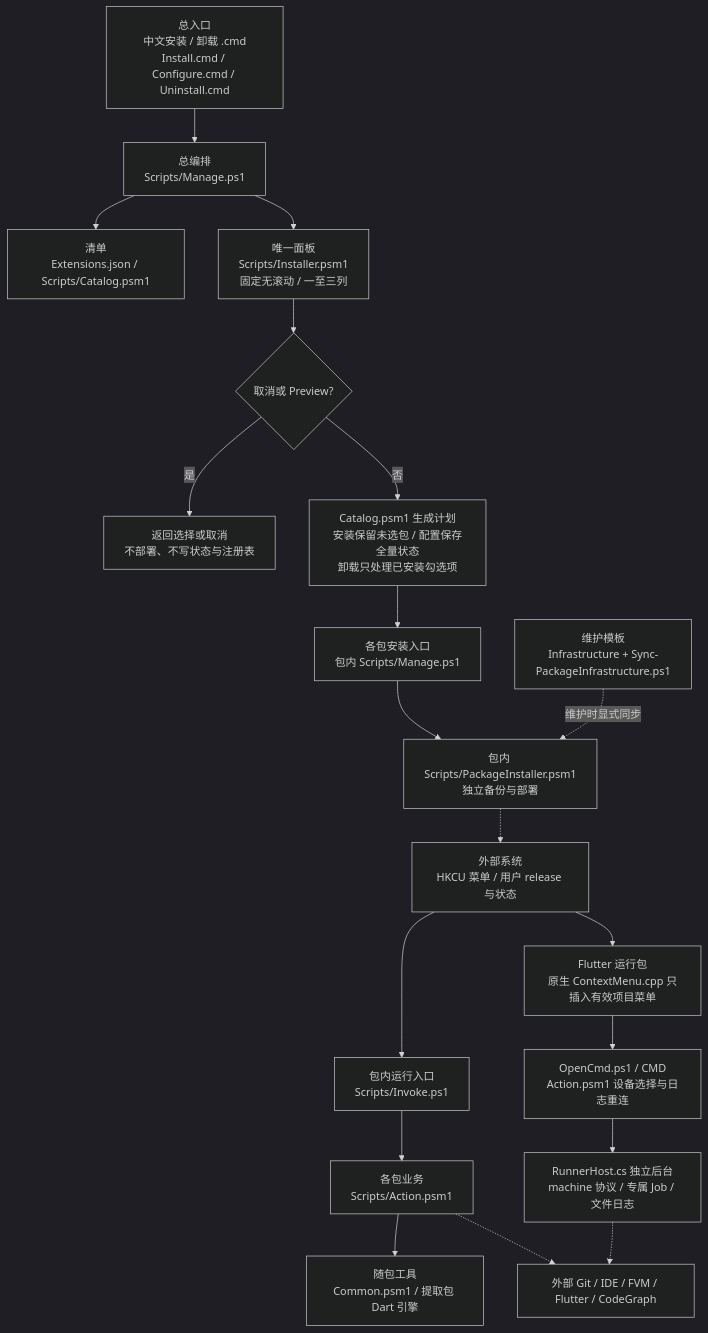
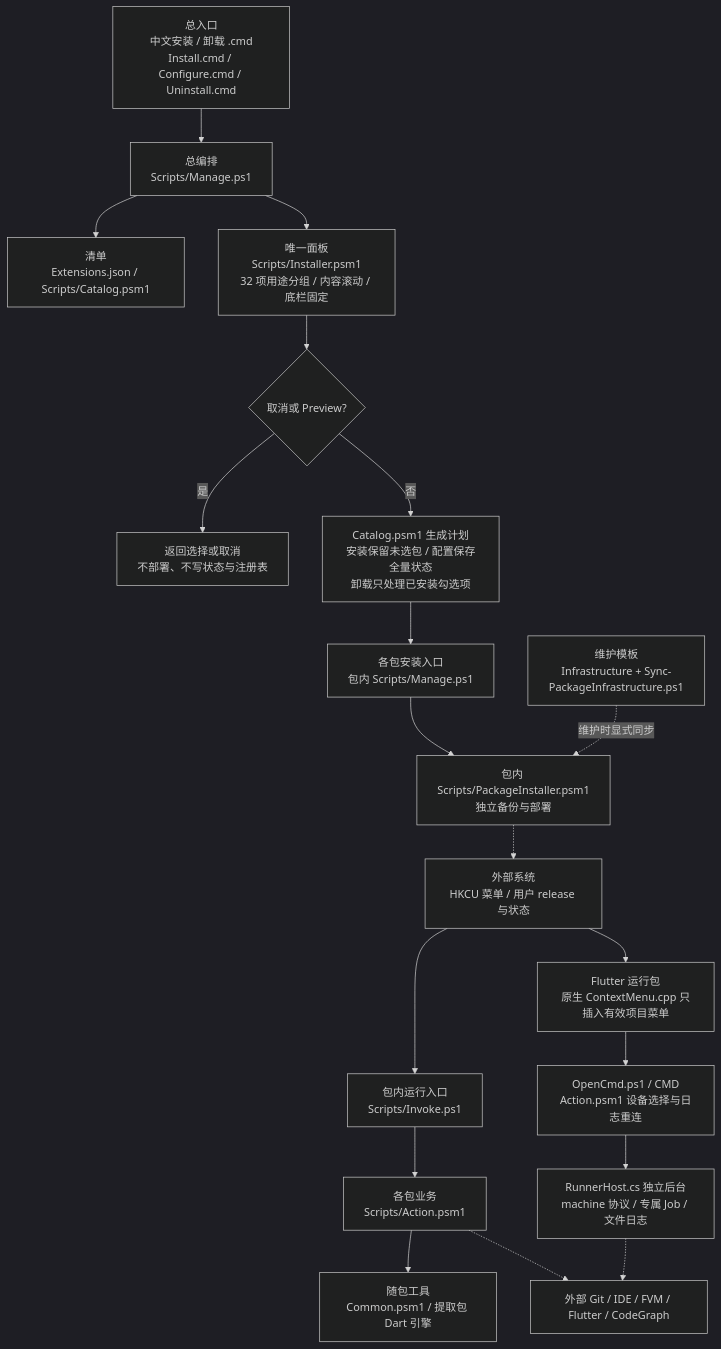
Before and after one commit to JobsKits/WindowsOS_Extension: the first of 3 diagrams in README.md, drawn with Mermaid (dark theme). The commit also changed other lines of this file and 185 other files, not shown here.

````diff
--- a/README.md
+++ b/README.md
@@ -522,21 +556,21 @@
 ```mermaid
 flowchart TD
     A["总入口<br/>中文安装 / 卸载 .cmd<br/>Install.cmd / Configure.cmd / Uninstall.cmd"] --> B["总编排<br/>Scripts/Manage.ps1"]
     B --> C["清单<br/>Extensions.json / Scripts/Catalog.psm1"]
-    B --> D["唯一面板<br/>Scripts/Installer.psm1<br/>固定无滚动 / 一至三列"]
+    B --> D["唯一面板<br/>Scripts/Installer.psm1<br/>32 项用途分组 / 内容滚动 / 底栏固定"]
     D --> P{"取消或 Preview?"}
     P -->|是| Q["返回选择或取消<br/>不部署、不写状态与注册表"]
     P -->|否| R["Catalog.psm1 生成计划<br/>安装保留未选包 / 配置保存全量状态<br/>卸载只处理已安装勾选项"]
     R --> E["各包安装入口<br/>包内 Scripts/Manage.ps1"]
     E --> F["包内 Scripts/PackageInstaller.psm1<br/>独立备份与部署"]
     F -.-> G["外部系统<br/>HKCU 菜单 / 用户 release 与状态"]
     G --> H["包内运行入口<br/>Scripts/Invoke.ps1"]
     H --> I["各包业务<br/>Scripts/Action.psm1"]
     I --> J["随包工具<br/>Common.psm1 / 提取包 Dart 引擎"]
     I -.-> K["外部 Git / IDE / FVM / Flutter / CodeGraph"]
     G --> N["Flutter 运行包<br/>原生 ContextMenu.cpp 只插入有效项目菜单"]
     N --> O["OpenCmd.ps1 / CMD<br/>Action.psm1 设备选择与日志重连"]
     O --> T["RunnerHost.cs 独立后台<br/>machine 协议 / 专属 Job / 文件日志"]
     T -.-> K
     L["维护模板<br/>Infrastructure + Sync-PackageInfrastructure.ps1"] -.->|维护时显式同步| F
 ```
````
